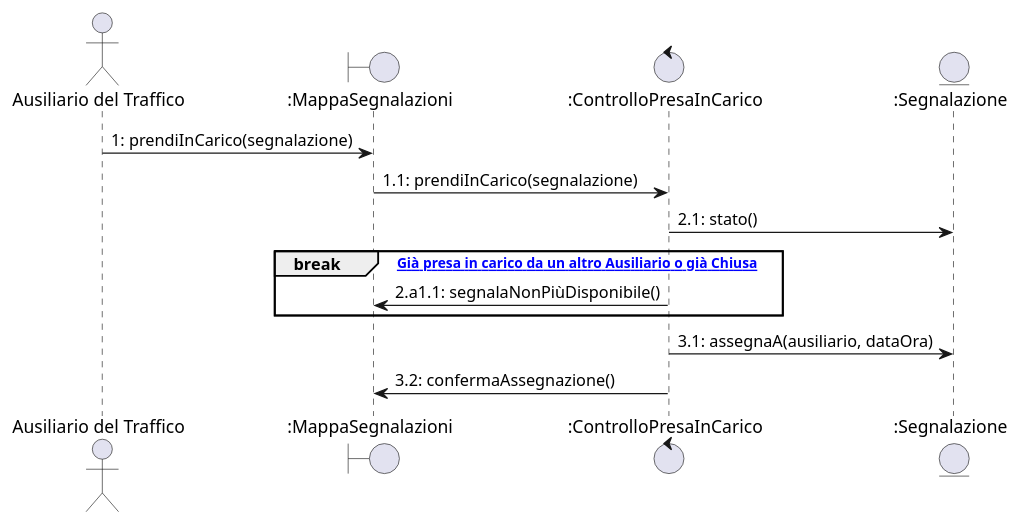
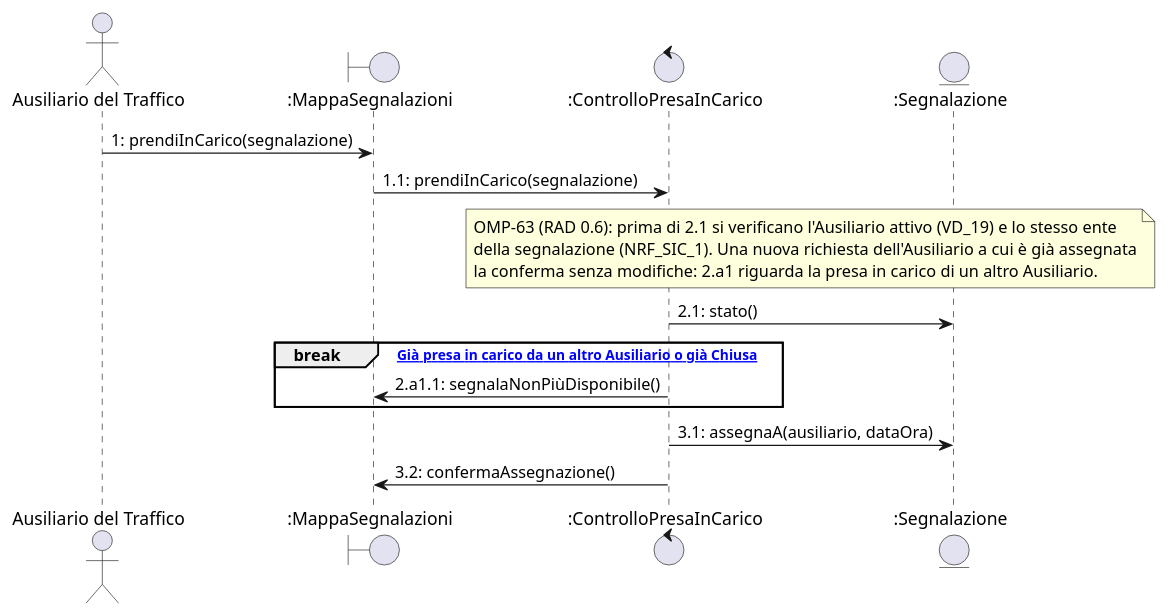
One commit to PM-C07/PM-OmniPark changed the diagram in docs/rad/sequence/sd_op_2.puml. Above: the diagram before and after it, drawn with PlantUML. The commit also changed 23 other files, not shown here.

First line of the commit message:
OMP-63: chiusura solo dopo la presa in carico, test e specifiche della parte A

```diff
--- a/docs/rad/sequence/sd_op_2.puml
+++ b/docs/rad/sequence/sd_op_2.puml
@@ -1,17 +1,18 @@
 @startuml sd_op_2
 actor "Ausiliario del Traffico" as Aus
 boundary ":MappaSegnalazioni" as UI
 control ":ControlloPresaInCarico" as Ctrl
 entity ":Segnalazione" as Segn
 
 Aus -> UI : 1: prendiInCarico(segnalazione)
 UI -> Ctrl : 1.1: prendiInCarico(segnalazione)
+note over Ctrl, Segn : OMP-63 (RAD 0.6): prima di 2.1 si verificano l'Ausiliario attivo (VD_19) e lo stesso ente\ndella segnalazione (NRF_SIC_1). Una nuova richiesta dell'Ausiliario a cui è già assegnata\nla conferma senza modifiche: 2.a1 riguarda la presa in carico di un altro Ausiliario.
 Ctrl -> Segn : 2.1: stato()
 
 break [2.a1 Già presa in carico da un altro Ausiliario o già Chiusa]
   Ctrl -> UI : 2.a1.1: segnalaNonPiùDisponibile()
 end
 
 Ctrl -> Segn : 3.1: assegnaA(ausiliario, dataOra)
 Ctrl -> UI : 3.2: confermaAssegnazione()
 @enduml
```
